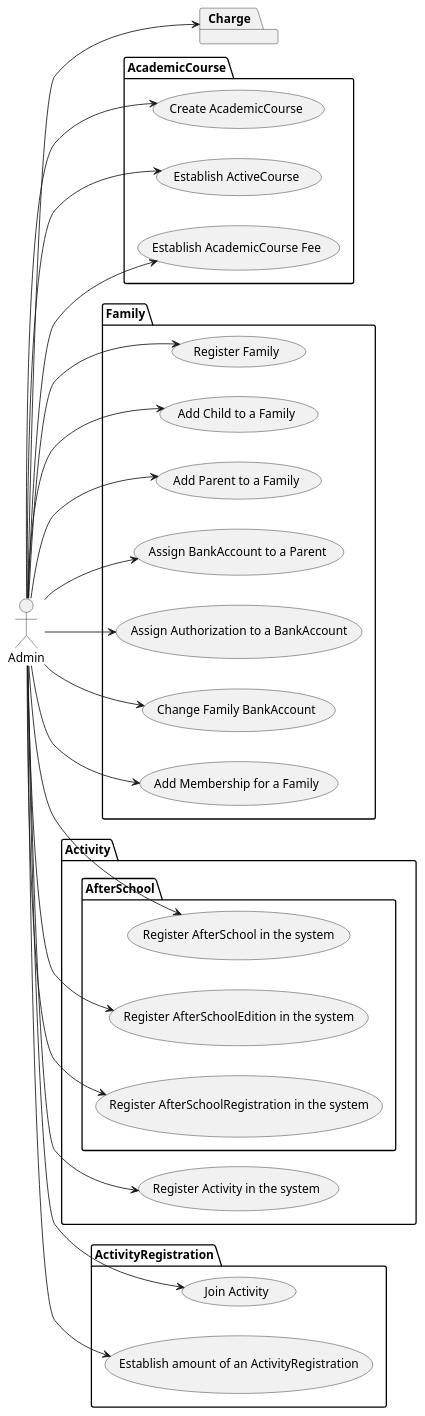
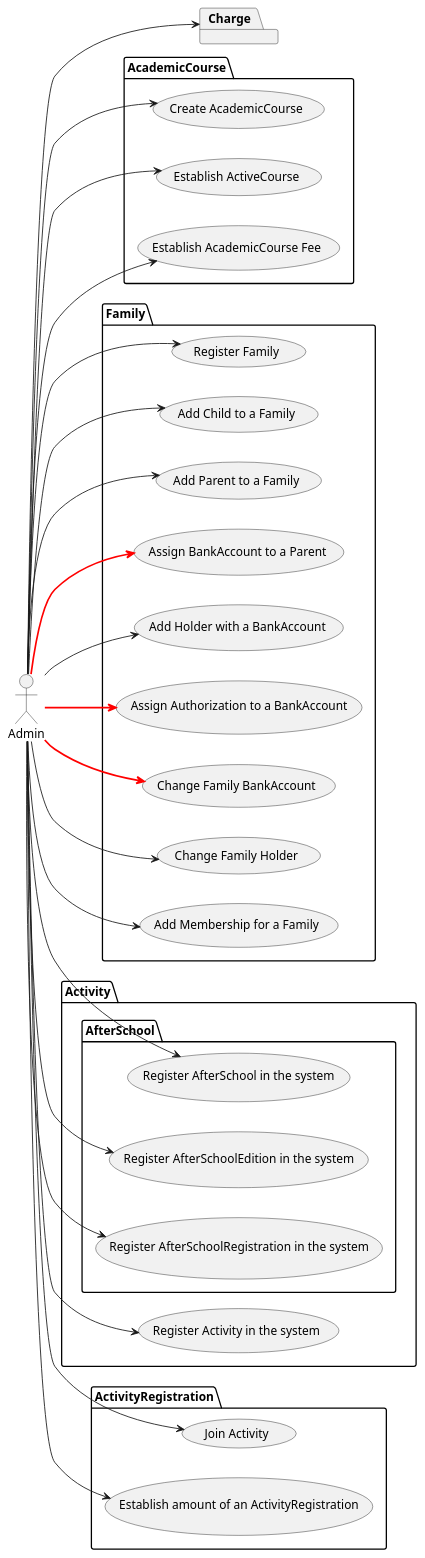
Before and after one commit to IgnacioMaestro/ampa-manager: the diagram in doc/UseCasesDiagram/UseCasesDiagram.puml, drawn with PlantUML.

```diff
--- a/doc/UseCasesDiagram/UseCasesDiagram.puml
+++ b/doc/UseCasesDiagram/UseCasesDiagram.puml
@@ -1,34 +1,36 @@
 @startuml
 left to right direction
 actor Admin
 package AcademicCourse{
     Admin --> (Create AcademicCourse)
     Admin --> (Establish ActiveCourse)
     Admin --> (Establish AcademicCourse Fee)
 }
 package Family {
     Admin --> (Register Family)
     Admin --> (Add Child to a Family)
     Admin --> (Add Parent to a Family)
-    Admin --> (Assign BankAccount to a Parent)
-    Admin --> (Assign Authorization to a BankAccount)
-    Admin --> (Change Family BankAccount)
+    Admin --> (Assign BankAccount to a Parent) #line:red;line.bold
+    Admin --> (Add Holder with a BankAccount)
+    Admin --> (Assign Authorization to a BankAccount) #line:red;line.bold
+    Admin --> (Change Family BankAccount) #line:red;line.bold
+    Admin --> (Change Family Holder)
     Admin --> (Add Membership for a Family)
 }
 package Activity {
     Admin --> (Register Activity in the system)
 
     package AfterSchool {
         Admin --> (Register AfterSchool in the system)
         Admin --> (Register AfterSchoolEdition in the system)
         Admin --> (Register AfterSchoolRegistration in the system)
     }
 }
 package ActivityRegistration {
     Admin --> (Join Activity)
     Admin --> (Establish amount of an ActivityRegistration)
 }
 package Charge {
 }
 Admin --> Charge
 @enduml
```
